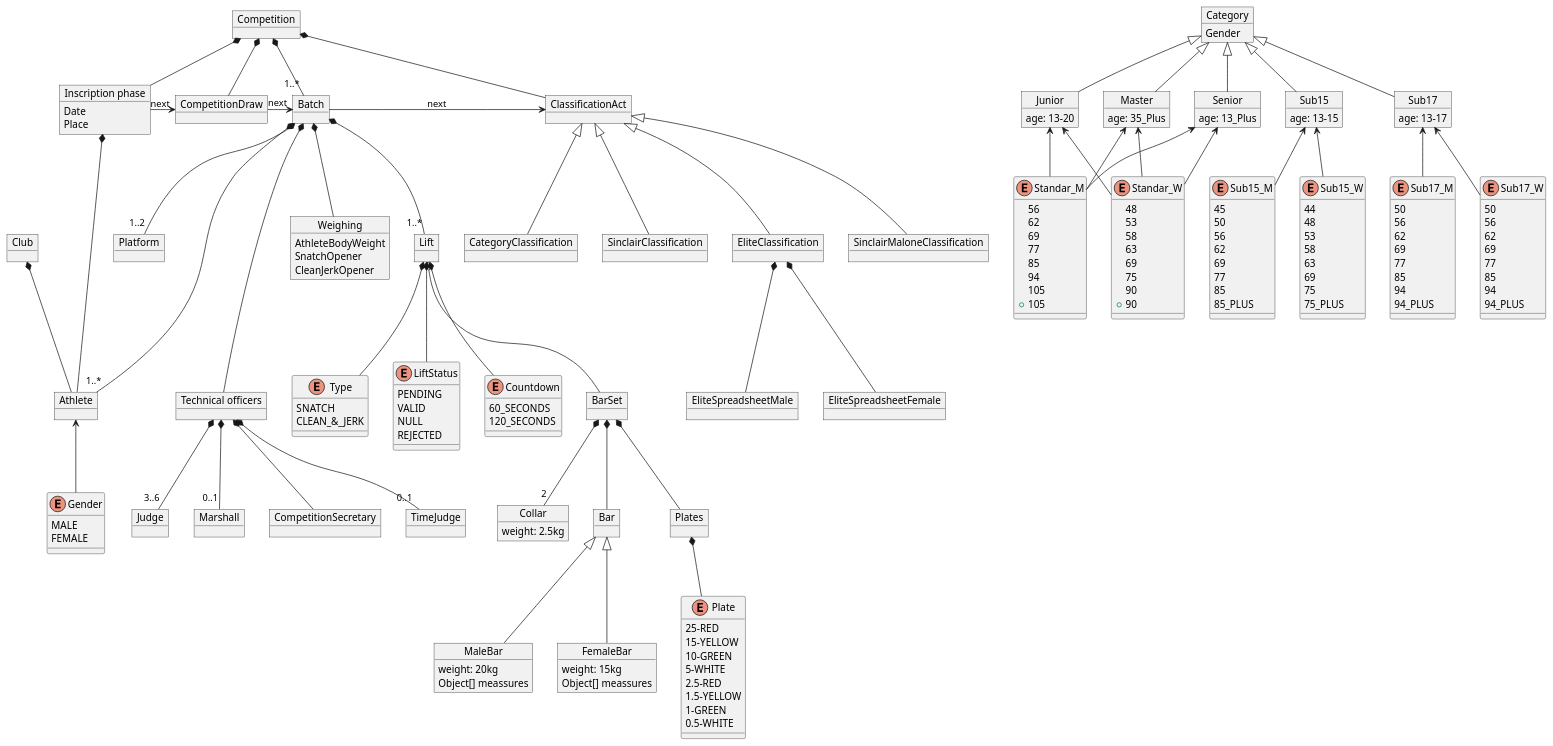
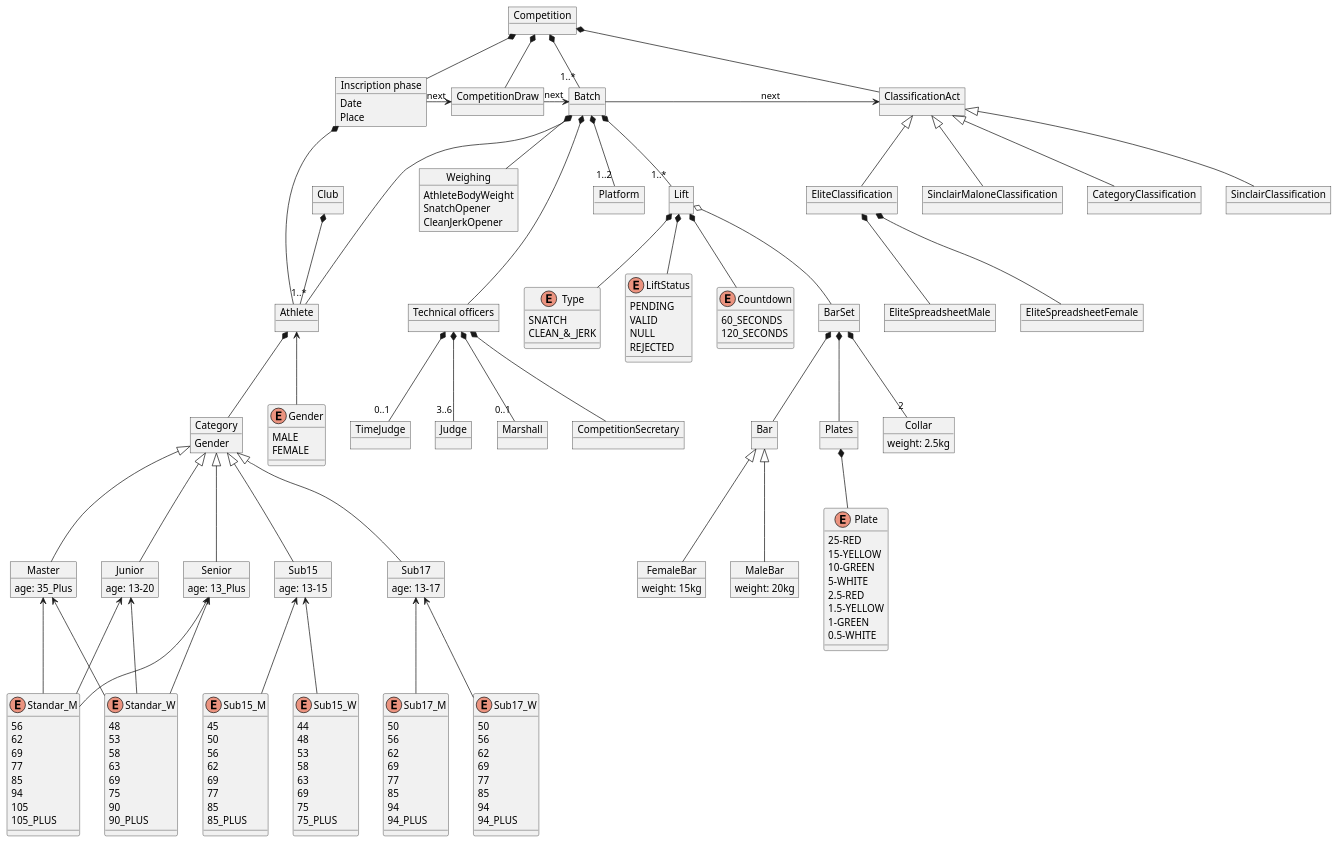
The diagram in diagrams/modelDomain/competitionDomainModelNew.puml (zuldare/mastercloud_pfm_halterocms), drawn with PlantUML before and after one commit.

Commit message:
refactor

```diff
--- a/diagrams/modelDomain/competitionDomainModelNew.puml
+++ b/diagrams/modelDomain/competitionDomainModelNew.puml
@@ -52,11 +52,9 @@
 object Bar
 object FemaleBar {
   weight: 15kg
-  Object[] meassures
 }
 object MaleBar {
   weight: 20kg
-  Object[] meassures
 }
 object Plates
 enum Plate {
@@ -149,7 +147,7 @@
 85
 94
 105
-+105
+105_PLUS
 }
 
 enum Standar_W {
@@ -160,7 +158,7 @@
 69
 75
 90
-+90
+90_PLUS
 }
 
 Competition *-- Inscription
@@ -221,5 +219,5 @@
 Master <-- Standar_M
 Master <-- Standar_W
 
-
+Athlete *-- Category
 @enduml
```
